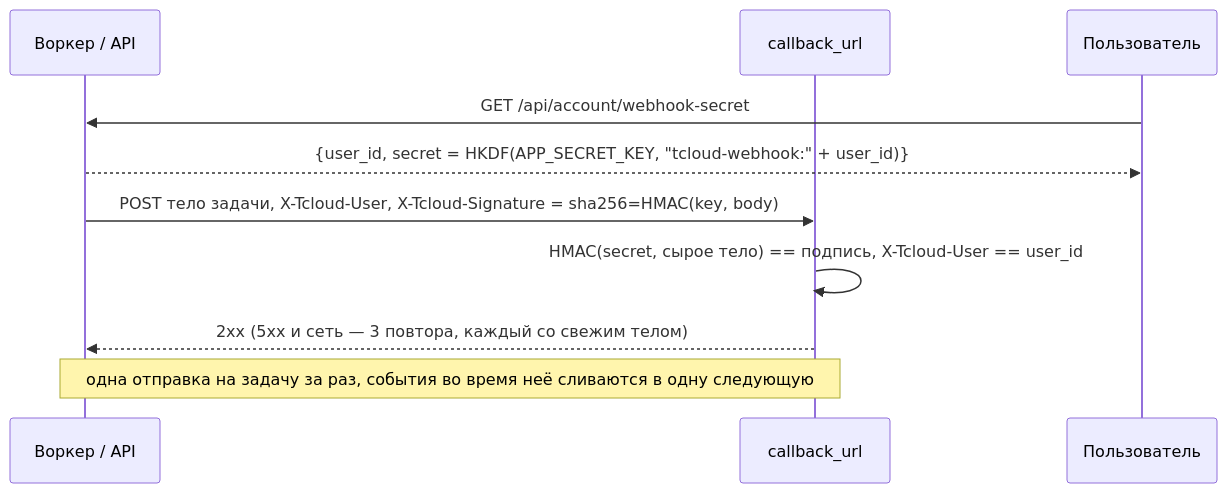
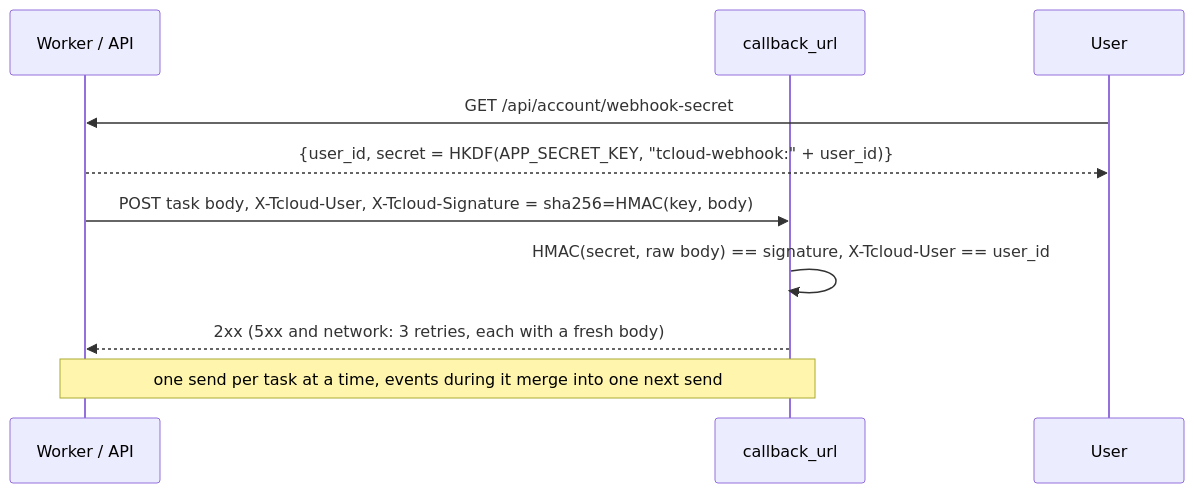
The seventh of 7 diagrams in docs/background-tasks.md (NikitkaZXC/tcloud-backend), drawn with Mermaid before and after one commit. The commit also changed other lines of this file and 20 other files, not shown here.

````diff
--- a/docs/background-tasks.md
+++ b/docs/background-tasks.md
@@ -525,12 +525,12 @@
 ```mermaid
 sequenceDiagram
-    participant W as Воркер / API
+    participant W as Worker / API
     participant H as callback_url
-    participant U as Пользователь
+    participant U as User
     U->>W: GET /api/account/webhook-secret
     W-->>U: {user_id, secret = HKDF(APP_SECRET_KEY, "tcloud-webhook:" + user_id)}
-    W->>H: POST тело задачи, X-Tcloud-User, X-Tcloud-Signature = sha256=HMAC(key, body)
-    H->>H: HMAC(secret, сырое тело) == подпись, X-Tcloud-User == user_id
-    H-->>W: 2xx (5xx и сеть — 3 повтора, каждый со свежим телом)
-    Note over W,H: одна отправка на задачу за раз, события во время неё сливаются в одну следующую
+    W->>H: POST task body, X-Tcloud-User, X-Tcloud-Signature = sha256=HMAC(key, body)
+    H->>H: HMAC(secret, raw body) == signature, X-Tcloud-User == user_id
+    H-->>W: 2xx (5xx and network: 3 retries, each with a fresh body)
+    Note over W,H: one send per task at a time, events during it merge into one next send
 ```
````
